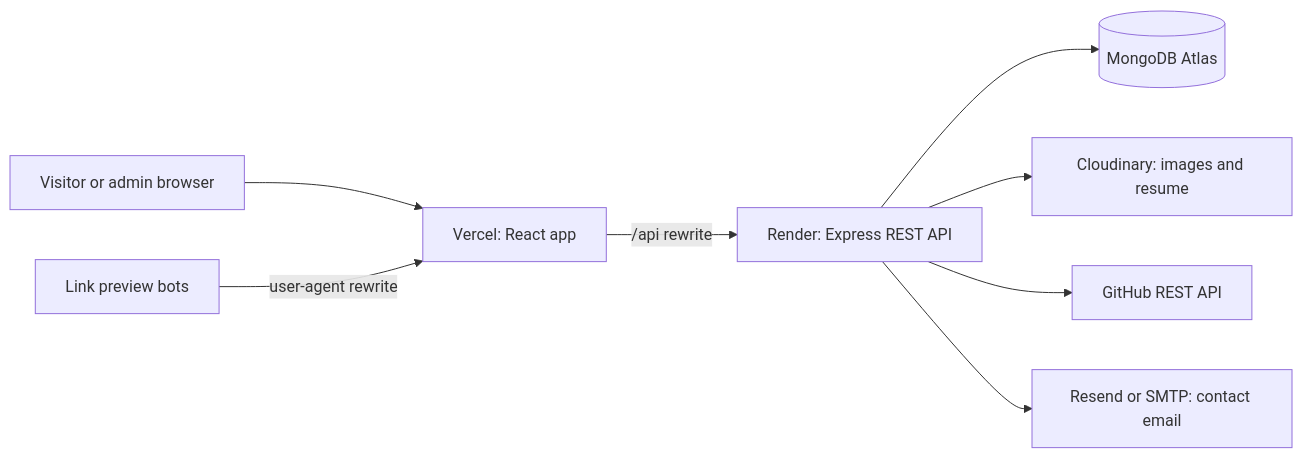
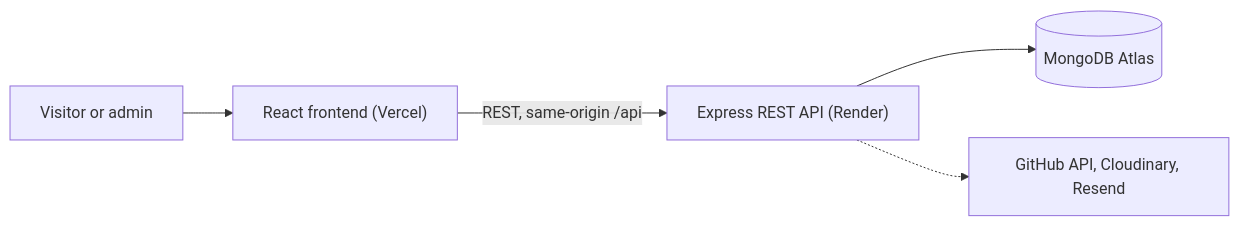
One commit to dipakhore-dev/MY-PORTFOLIO changed the diagram in README.md. Above: the diagram before and after it, drawn with Mermaid. The commit also changed other lines of this file, not shown here.

````diff
--- a/README.md
+++ b/README.md
@@ -144,10 +100,7 @@
 ```mermaid
 flowchart LR
-  visitor["Visitor or admin browser"] --> vercel["Vercel: React app"]
-  vercel -->|"/api rewrite"| api["Render: Express REST API"]
-  bots["Link preview bots"] -->|"user-agent rewrite"| vercel
+  user["Visitor or admin"] --> fe["React frontend (Vercel)"]
+  fe -->|"REST, same-origin /api"| api["Express REST API (Render)"]
   api --> db[("MongoDB Atlas")]
-  api --> cloud["Cloudinary: images and resume"]
-  api --> github["GitHub REST API"]
-  api --> mail["Resend or SMTP: contact email"]
+  api -.-> ext["GitHub API, Cloudinary, Resend"]
 ```
````
